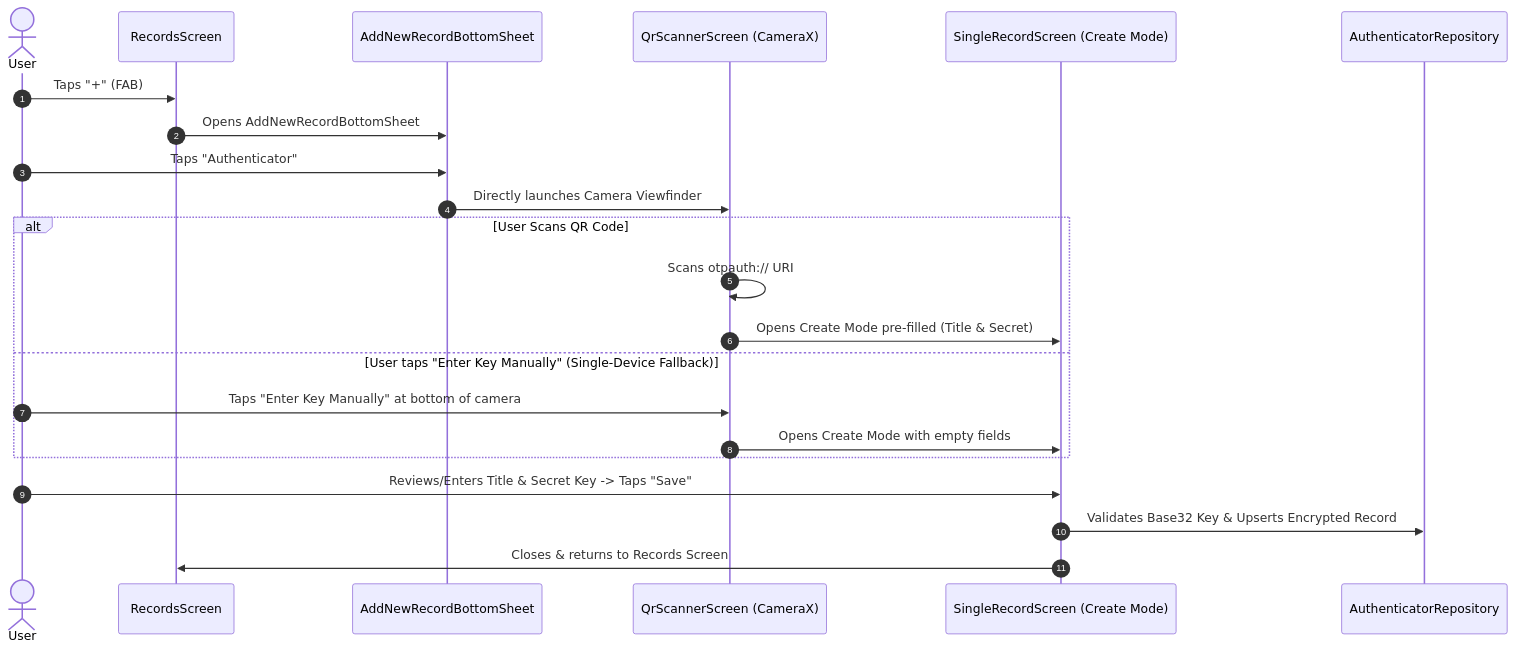
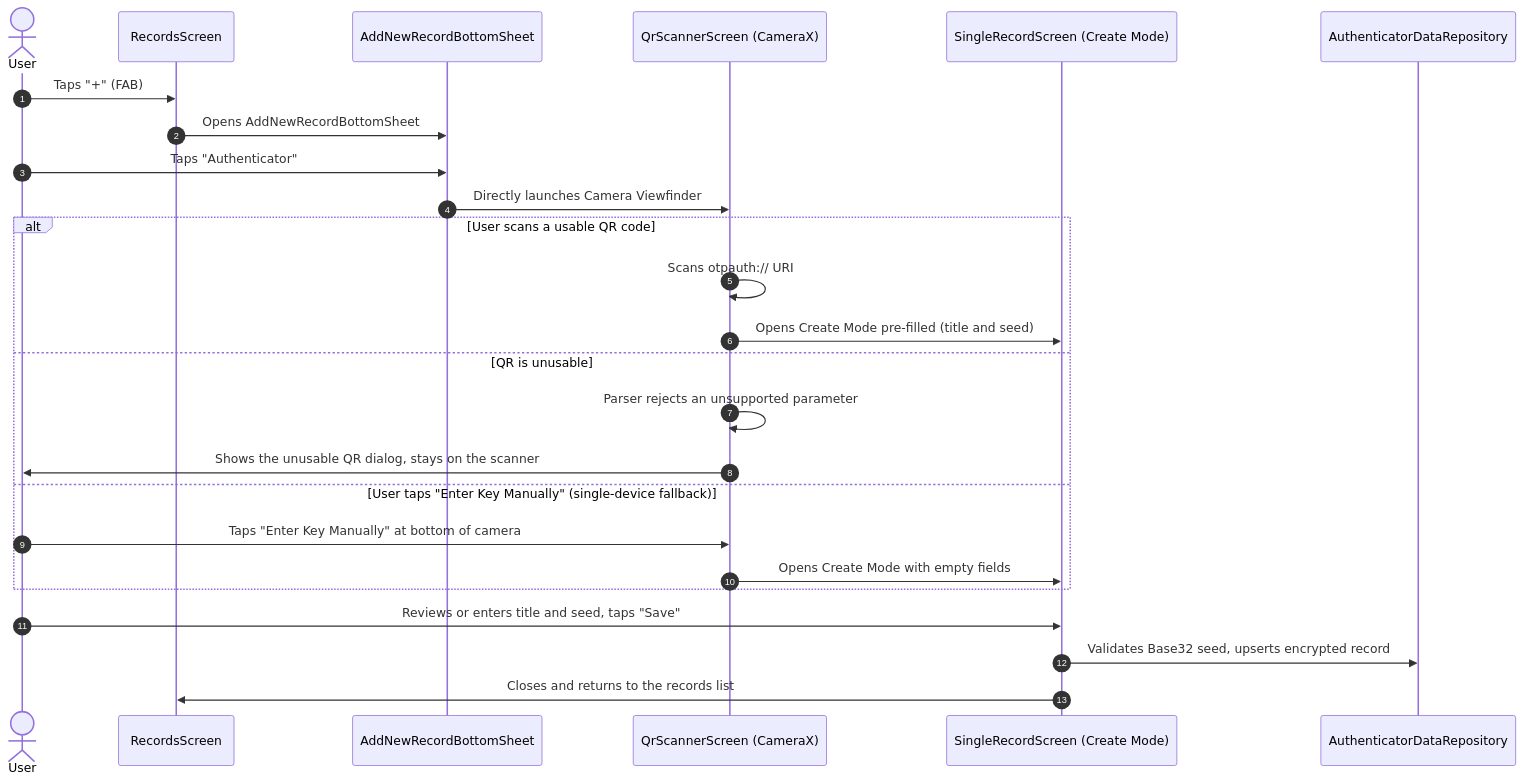
One commit to Ni3verma/Safe-Box changed the first of 2 diagrams in docs/TotpAuthRecordTypeDesign.md. Above: the diagram before and after it, drawn with Mermaid. The commit also changed other lines of this file, not shown here.

````diff
--- a/docs/TotpAuthRecordTypeDesign.md
+++ b/docs/TotpAuthRecordTypeDesign.md
@@ -56,24 +52,27 @@
 ```mermaid
 sequenceDiagram
     autonumber
     actor User
     participant Records as RecordsScreen
     participant Sheet as AddNewRecordBottomSheet
     participant Cam as QrScannerScreen (CameraX)
     participant Single as SingleRecordScreen (Create Mode)
-    participant Repo as AuthenticatorRepository
+    participant Repo as AuthenticatorDataRepository
     User ->> Records: Taps "+" (FAB)
     Records ->> Sheet: Opens AddNewRecordBottomSheet
     User ->> Sheet: Taps "Authenticator"
     Sheet ->> Cam: Directly launches Camera Viewfinder
-    alt User Scans QR Code
+    alt User scans a usable QR code
         Cam ->> Cam: Scans otpauth:// URI
-        Cam ->> Single: Opens Create Mode pre-filled (Title & Secret)
-    else User taps "Enter Key Manually" (Single-Device Fallback)
+        Cam ->> Single: Opens Create Mode pre-filled (title and seed)
+    else QR is unusable
+        Cam ->> Cam: Parser rejects an unsupported parameter
+        Cam ->> User: Shows the unusable QR dialog, stays on the scanner
+    else User taps "Enter Key Manually" (single-device fallback)
         User ->> Cam: Taps "Enter Key Manually" at bottom of camera
         Cam ->> Single: Opens Create Mode with empty fields
     end
-    User ->> Single: Reviews/Enters Title & Secret Key -> Taps "Save"
-    Single ->> Repo: Validates Base32 Key & Upserts Encrypted Record
-    Single ->> Records: Closes & returns to Records Screen
+    User ->> Single: Reviews or enters title and seed, taps "Save"
+    Single ->> Repo: Validates Base32 seed, upserts encrypted record
+    Single ->> Records: Closes and returns to the records list
 ```
````
